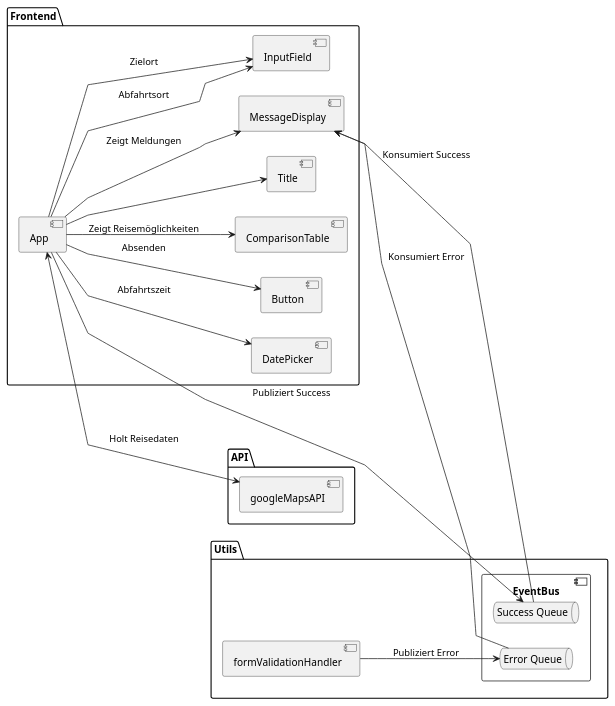
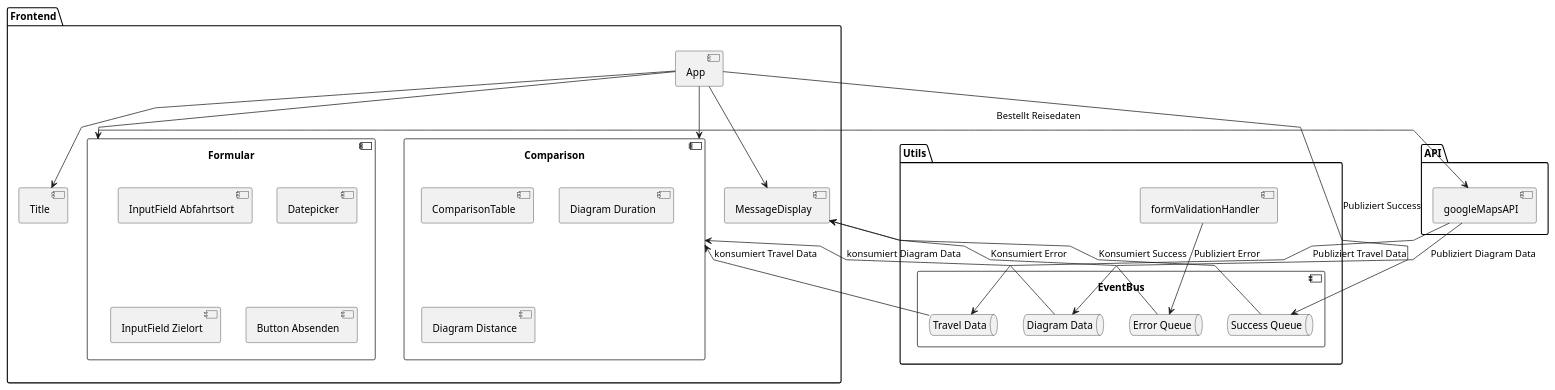
Before and after one commit to roumanch-777/verkehrsmittelvergleich-johannes-roman: the diagram in docs/ComponentDiagram.puml, drawn with PlantUML. The commit also changed 18 other files, not shown here.

```diff
--- a/docs/ComponentDiagram.puml
+++ b/docs/ComponentDiagram.puml
@@ -1,32 +1,49 @@
 @startuml ComponentDiagram
-left to right direction
 skinparam linetype polyline
 package "Frontend" {
     [App] --> [Title]
-    [App] --> [MessageDisplay] : "Zeigt Meldungen"
-    [App] --> [InputField] : "Abfahrtsort"
-    [App] --> [InputField] : "Zielort"
-    [App] --> [DatePicker] : "Abfahrtszeit"
-    [App] --> [Button] : "Absenden"
-    [App] --> [ComparisonTable] : "Zeigt Reisemöglichkeiten"
+    [App] --> [MessageDisplay]
+    [App] --> [Formular]
+    [App] --> [Comparison]
+}
+
+component "Formular" {
+    [InputField Abfahrtsort]
+    [Datepicker]
+    [InputField Zielort]
+    [Button Absenden]
+}
+
+component "Comparison" {
+    [ComparisonTable]
+    [Diagram Duration]
+    [Diagram Distance]
 }
 
 package "Utils" {
     component "EventBus" {
     queue "Success Queue" as SuccessQueue
     queue "Error Queue" as ErrorQueue
+    queue "Travel Data" as TravelData
+    queue "Diagram Data" as DiagramData
 }
 
 
     [App] --> SuccessQueue : "Publiziert Success"
     [formValidationHandler] --> ErrorQueue : "Publiziert Error"
 
     [MessageDisplay] <-- SuccessQueue : "Konsumiert Success"
     [MessageDisplay] <-- ErrorQueue : "Konsumiert Error"
 }
 
 package "API" {
     [googleMapsAPI]
-    [App] <--> [googleMapsAPI] : "Holt Reisedaten"
+    [Formular] --> [googleMapsAPI] : "Bestellt Reisedaten"
+    [googleMapsAPI] --> [TravelData] : "Publiziert Travel Data"
+    [googleMapsAPI] --> [DiagramData] : "Publiziert Diagram Data"
 }
+
+[TravelData] --> [Comparison] : "konsumiert Travel Data"
+[DiagramData] --> [Comparison] : "konsumiert Diagram Data"
+
 @enduml
```
